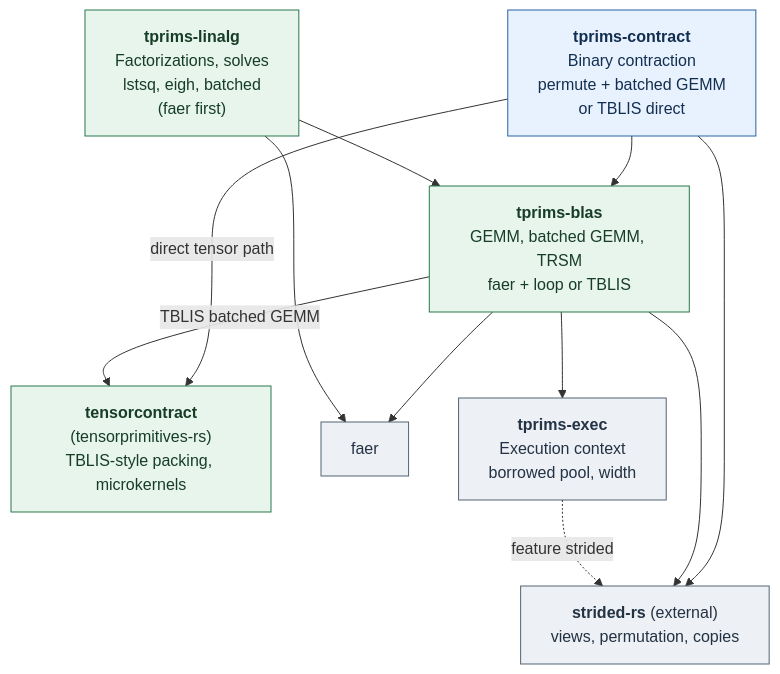
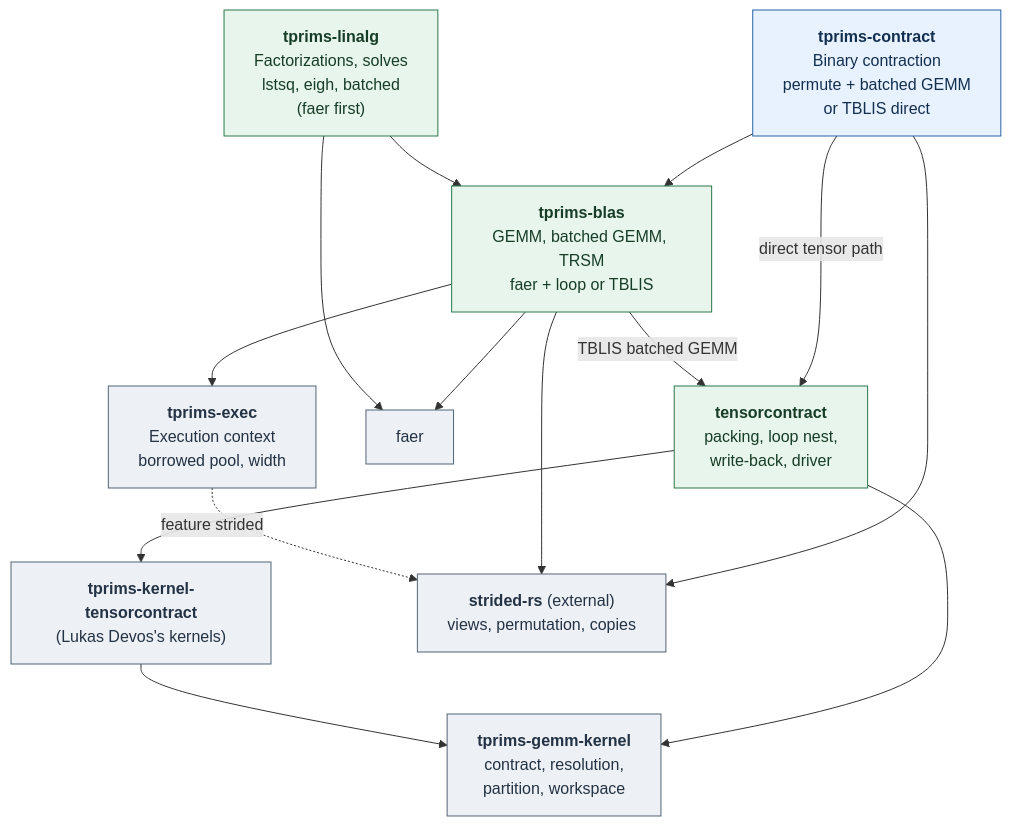
Before and after one commit to shinaoka/tensoralgebra-rs: the first of 2 diagrams in README.md, drawn with Mermaid. The commit also changed other lines of this file and 2 other files, not shown here.

Commit message:
Docs and the blas --engine option: engine and kernel selection per call

````diff
--- a/README.md
+++ b/README.md
@@ -39,26 +39,32 @@
 ```mermaid
 flowchart TB
     CT["<b>tprims-contract</b><br/>Binary contraction<br/>permute + batched GEMM<br/>or TBLIS direct"]
     LA["<b>tprims-linalg</b><br/>Factorizations, solves<br/>lstsq, eigh, batched<br/>(faer first)"]
     BL["<b>tprims-blas</b><br/>GEMM, batched GEMM, TRSM<br/>faer + loop or TBLIS"]
-    TC["<b>tensorcontract</b><br/>(tensorprimitives-rs)<br/>TBLIS-style packing, microkernels"]
+    TC["<b>tensorcontract</b><br/>packing, loop nest,<br/>write-back, driver"]
+    GK["<b>tprims-gemm-kernel</b><br/>contract, resolution,<br/>partition, workspace"]
+    KT["<b>tprims-kernel-tensorcontract</b><br/>(Lukas Devos's kernels)"]
     FA["faer"]
     ST["<b>strided-rs</b> (external)<br/>views, permutation, copies"]
     EX["<b>tprims-exec</b><br/>Execution context<br/>borrowed pool, width"]
     CT --> BL
     LA --> BL
     BL --> FA
     LA --> FA
     CT -->|"direct tensor path"| TC
     BL -->|"TBLIS batched GEMM"| TC
+    TC --> GK
+    TC --> KT
+    KT --> GK
     CT --> ST
     BL --> ST
     BL --> EX
     EX -.->|"feature strided"| ST
     classDef tensor fill:#e8f2ff,stroke:#2563a6,color:#132f50
     classDef matrix fill:#e7f5ec,stroke:#28784c,color:#173d27
     classDef base fill:#edf0f4,stroke:#536477,color:#233244
     class CT tensor
     class LA,BL,TC matrix
+    class GK,KT base
     class FA,ST,EX base
 ```
````
